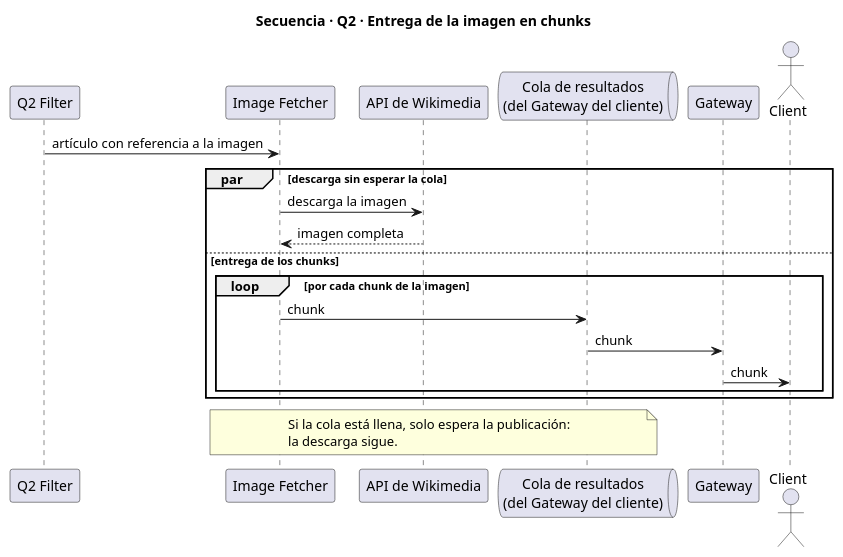
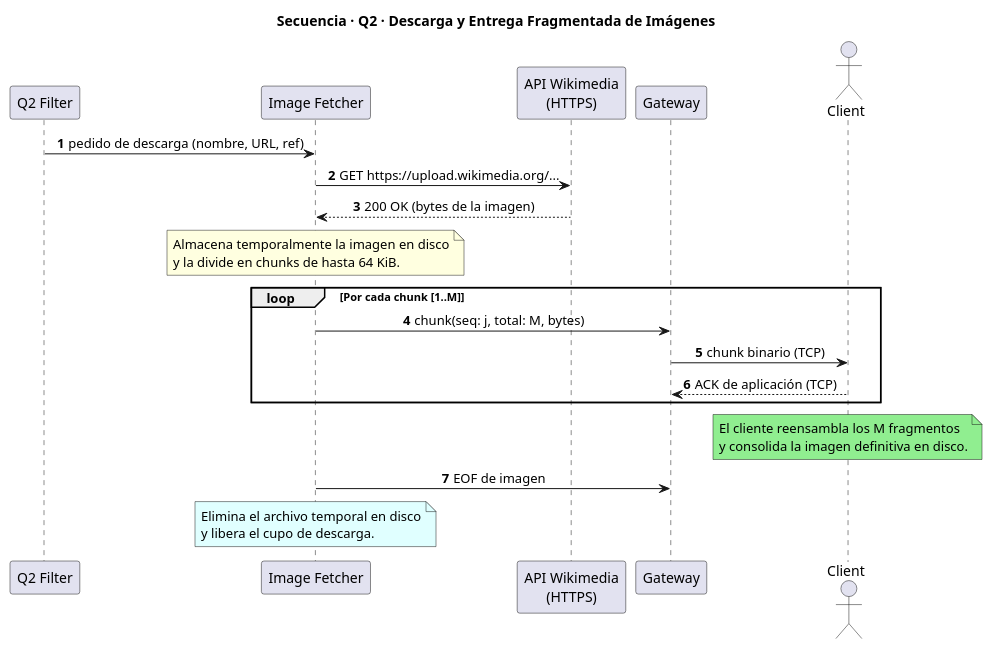
Before and after one commit to NicoPodesta/trabajo-final-distribuidos: the diagram in Diagramas/secuencia/secuencia q2-entrega-imagen-chunks.puml, drawn with PlantUML. The commit also changed 9 other files, not shown here.

Commit message:
Docs: actualizo y compilo diagramas de actividad y secuencia

```diff
--- a/Diagramas/secuencia/secuencia q2-entrega-imagen-chunks.puml
+++ b/Diagramas/secuencia/secuencia q2-entrega-imagen-chunks.puml
@@ -1,29 +1,42 @@
 @startuml
-title Secuencia · Q2 · Entrega de la imagen en chunks
+autonumber
+skinparam shadowing false
+skinparam sequenceMessageAlign center
+skinparam responseMessageBelowArrow true
 
-participant "Q2 Filter" as Q2
+title Secuencia · Q2 · Descarga y Entrega Fragmentada de Imágenes
+
+participant "Q2 Filter" as Q2F
 participant "Image Fetcher" as IMG
-participant "API de Wikimedia" as WM
-queue "Cola de resultados\n(del Gateway del cliente)" as Q
+participant "API Wikimedia\n(HTTPS)" as WM
 participant "Gateway" as GW
-actor "Client" as C
+actor "Client" as CLI
 
-Q2 -> IMG : artículo con referencia a la imagen
+Q2F -> IMG : pedido de descarga (nombre, URL, ref)
 
-par descarga sin esperar la cola
-    IMG -> WM : descarga la imagen
-    WM --> IMG : imagen completa
-else entrega de los chunks
-    loop por cada chunk de la imagen
-        IMG -> Q : chunk
-        Q -> GW : chunk
-        GW -> C : chunk
-    end
+IMG -> WM : GET https://upload.wikimedia.org/...
+WM --> IMG : 200 OK (bytes de la imagen)
+
+note over IMG #LightYellow
+  Almacena temporalmente la imagen en disco
+  y la divide en chunks de hasta 64 KiB.
+end note
+
+loop Por cada chunk [1..M]
+  IMG -> GW : chunk(seq: j, total: M, bytes)
+  GW -> CLI : chunk binario (TCP)
+  CLI --> GW : ACK de aplicación (TCP)
 end
 
-note over IMG, Q
-  Si la cola está llena, solo espera la publicación:
-  la descarga sigue.
+note over CLI #LightGreen
+  El cliente reensambla los M fragmentos
+  y consolida la imagen definitiva en disco.
+end note
+
+IMG -> GW : EOF de imagen
+note over IMG #LightCyan
+  Elimina el archivo temporal en disco
+  y libera el cupo de descarga.
 end note
 
 @enduml
```
